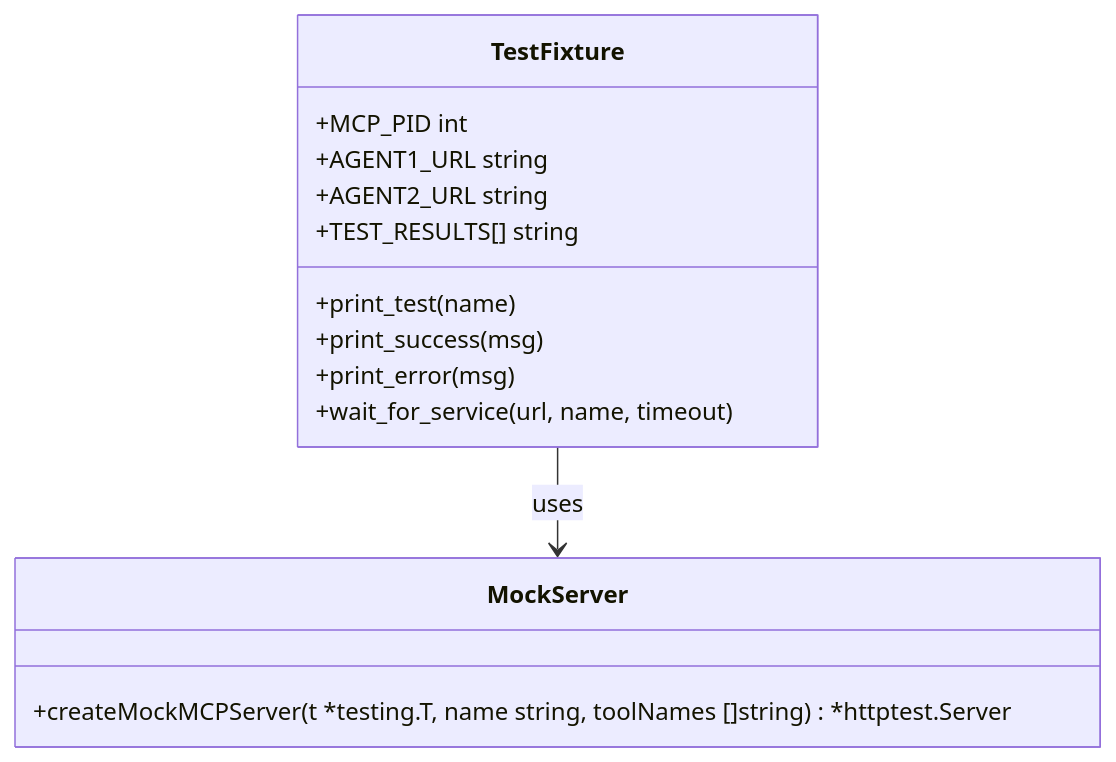
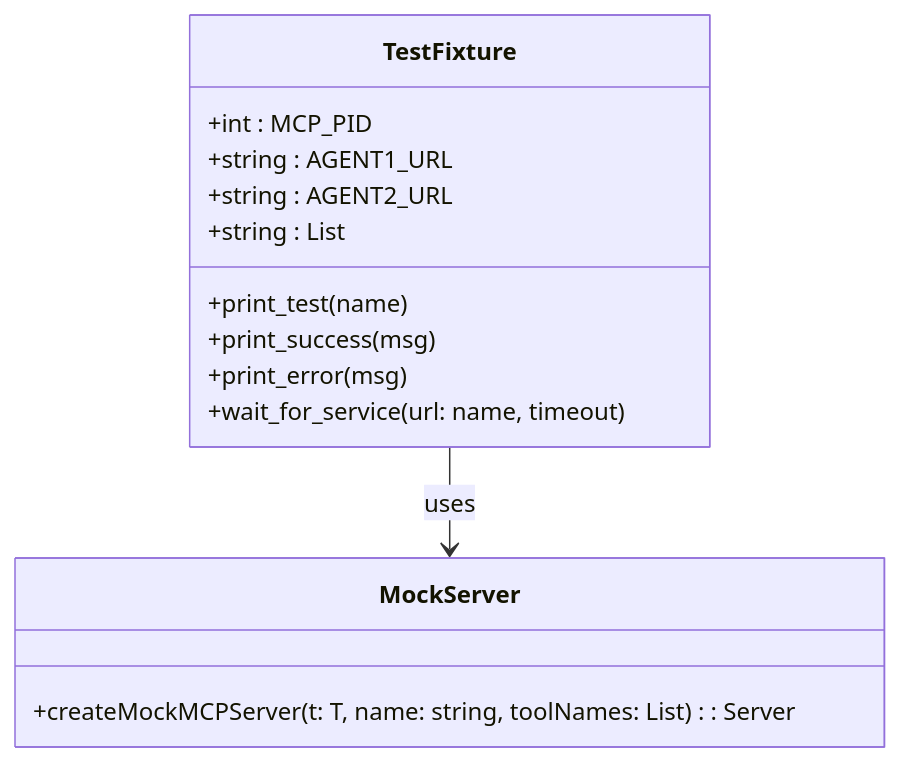
One commit to prxs-ai/praxis-go-sdk changed the fifth of 5 diagrams in docs/Testing Strategy.md. Above: the diagram before and after it, drawn with Mermaid. The commit also changed other lines of this file and 141 other files, not shown here.

````diff
--- a/docs/Testing Strategy.md
+++ b/docs/Testing Strategy.md
@@ -237,17 +237,17 @@
 ```mermaid
 classDiagram
 class TestFixture {
-+MCP_PID int
-+AGENT1_URL string
-+AGENT2_URL string
-+TEST_RESULTS[] string
++int : MCP_PID
++string : AGENT1_URL
++string : AGENT2_URL
++string : List<TEST_RESULTS>
 +print_test(name)
 +print_success(msg)
 +print_error(msg)
-+wait_for_service(url, name, timeout)
++wait_for_service(url: name, timeout)
 }
 class MockServer {
-+createMockMCPServer(t *testing.T, name string, toolNames []string) *httptest.Server
++createMockMCPServer(t: T, name: string, toolNames: List<string>) : Server
 }
 TestFixture --> MockServer : uses
 ```
````
